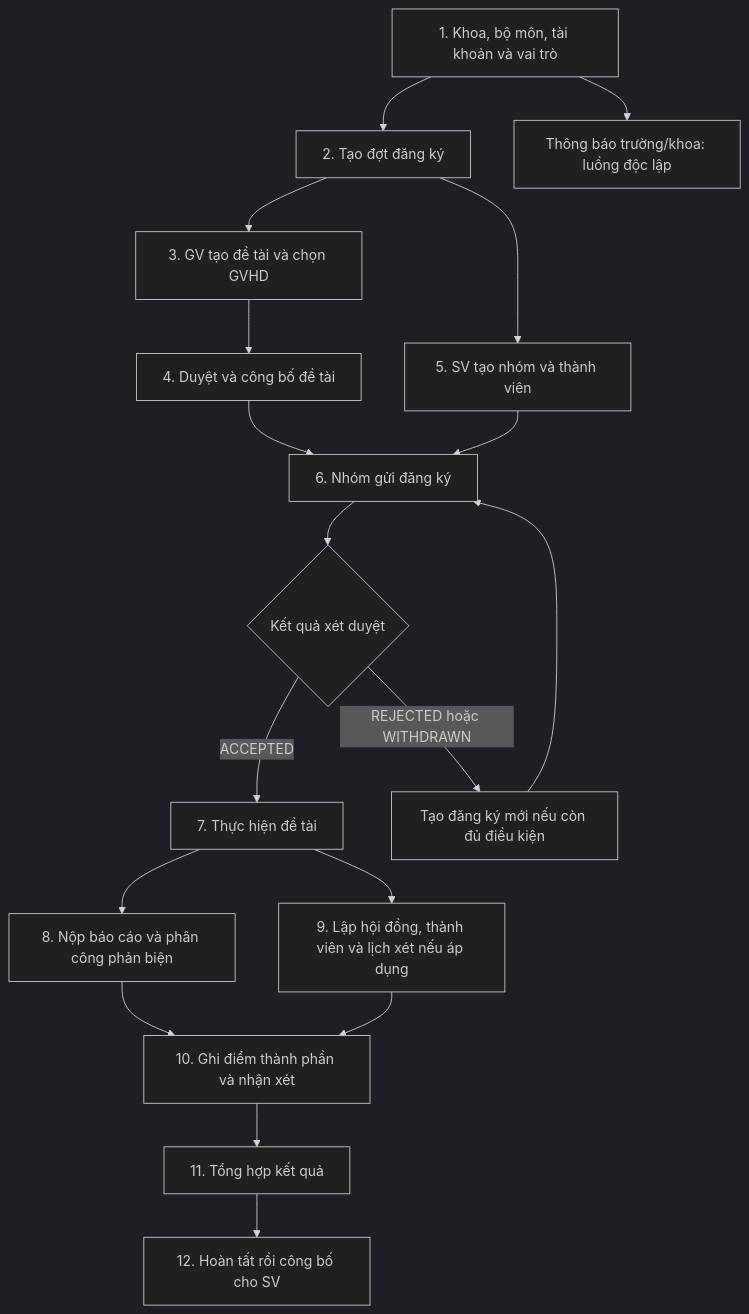
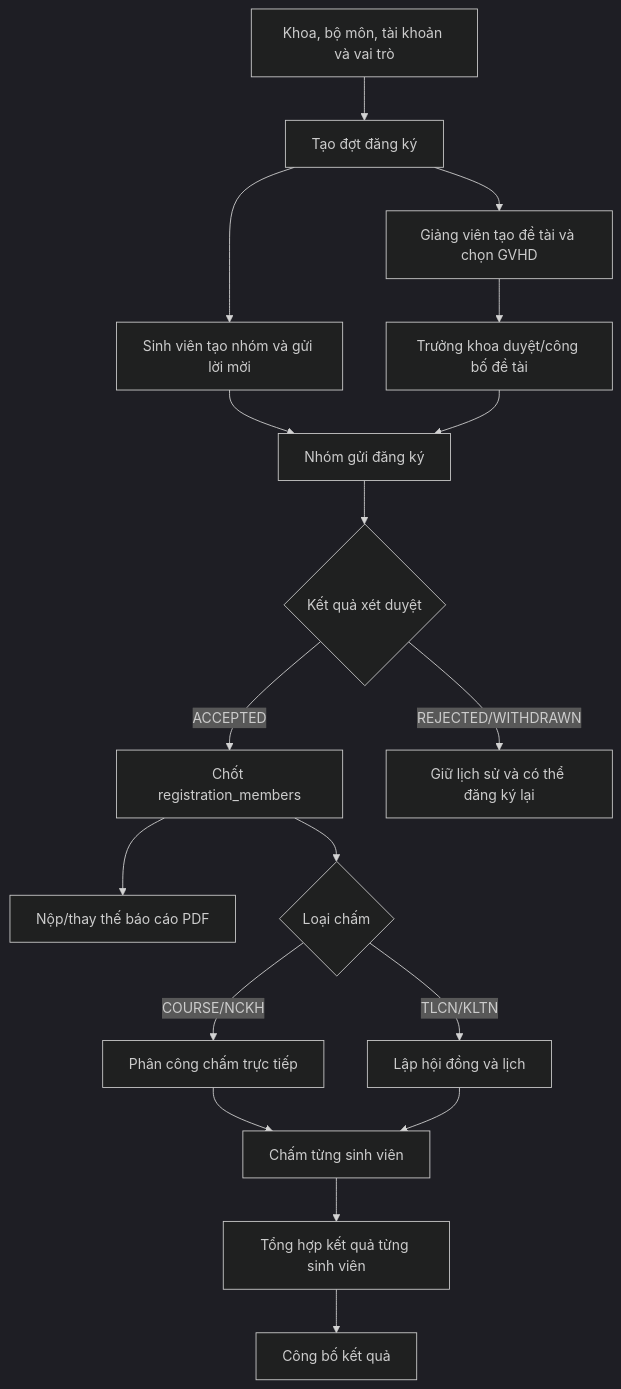
Before and after one commit to HuyDoDevv/student-topic-management: the first of 2 diagrams in database/DATA_FLOW.md, drawn with Mermaid (dark theme). The commit also changed other lines of this file and 8 other files, not shown here.

````diff
--- a/database/DATA_FLOW.md
+++ b/database/DATA_FLOW.md
@@ -35,20 +21,20 @@
 ```mermaid
 flowchart TD
-    A["1. Khoa, bộ môn, tài khoản và vai trò"] --> B["2. Tạo đợt đăng ký"]
-    B --> C["3. GV tạo đề tài và chọn GVHD"]
-    C --> D["4. Duyệt và công bố đề tài"]
-    B --> E["5. SV tạo nhóm và thành viên"]
-    D --> F["6. Nhóm gửi đăng ký"]
-    E --> F
+    A["Khoa, bộ môn, tài khoản và vai trò"] --> B["Tạo đợt đăng ký"]
+    B --> C["Giảng viên tạo đề tài và chọn GVHD"]
+    C --> D["Trưởng khoa duyệt/công bố đề tài"]
+    B --> E["Sinh viên tạo nhóm và gửi lời mời"]
+    E --> F["Nhóm gửi đăng ký"]
+    D --> F
     F --> G{"Kết quả xét duyệt"}
-    G -->|ACCEPTED| H["7. Thực hiện đề tài"]
-    G -->|REJECTED hoặc WITHDRAWN| I["Tạo đăng ký mới nếu còn đủ điều kiện"]
-    I --> F
-    H --> J["8. Nộp báo cáo và phân công phản biện"]
-    H --> K["9. Lập hội đồng, thành viên và lịch xét nếu áp dụng"]
-    J --> L["10. Ghi điểm thành phần và nhận xét"]
-    K --> L
-    L --> M["11. Tổng hợp kết quả"]
-    M --> N["12. Hoàn tất rồi công bố cho SV"]
-    A --> O["Thông báo trường/khoa: luồng độc lập"]
+    G -->|ACCEPTED| H["Chốt registration_members"]
+    G -->|REJECTED/WITHDRAWN| I["Giữ lịch sử và có thể đăng ký lại"]
+    H --> J["Nộp/thay thế báo cáo PDF"]
+    H --> K{"Loại chấm"}
+    K -->|COURSE/NCKH| L["Phân công chấm trực tiếp"]
+    K -->|TLCN/KLTN| M["Lập hội đồng và lịch"]
+    L --> N["Chấm từng sinh viên"]
+    M --> N
+    N --> O["Tổng hợp kết quả từng sinh viên"]
+    O --> P["Công bố kết quả"]
 ```
````
